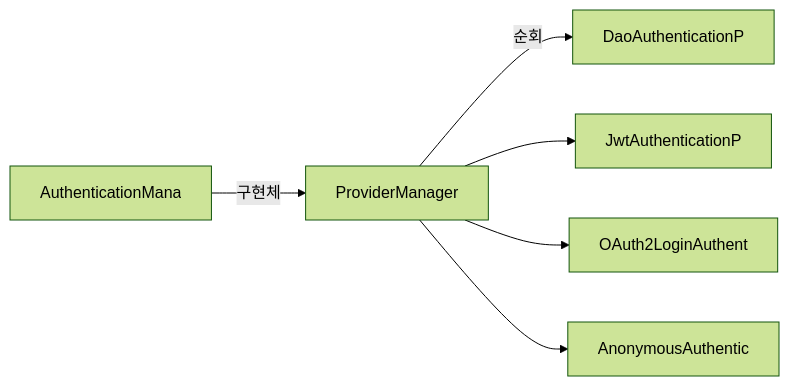
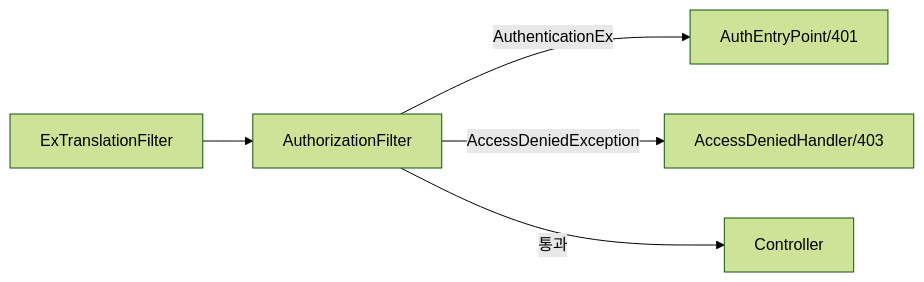
One commit to yjkim2015/yjkim2015.github.io changed the second of 4 diagrams in _posts/spring/2026-05-01-spring-security-architecture.md. Above: the diagram before and after it, drawn with Mermaid (forest theme). The commit also changed other lines of this file and 4 other files, not shown here.

````diff
--- a/_posts/spring/2026-05-01-spring-security-architecture.md
+++ b/_posts/spring/2026-05-01-spring-security-architecture.md
@@ -117,8 +280,7 @@
 ```mermaid
 graph LR
-    AM["AuthenticationMana"] -->|"구현체"| PM["ProviderManager"]
-    PM -->|"순회"| AP1["DaoAuthenticationP"]
-    PM --> AP2["JwtAuthenticationP"]
-    PM --> AP3["OAuth2LoginAuthent"]
-    PM --> AP4["AnonymousAuthentic"]
+    A["ExTranslationFilter"] --> B["AuthorizationFilter"]
+    B -->|"AuthenticationEx"| C["AuthEntryPoint/401"]
+    B -->|"AccessDeniedException"| D["AccessDeniedHandler/403"]
+    B -->|"통과"| E["Controller"]
 ```
````
